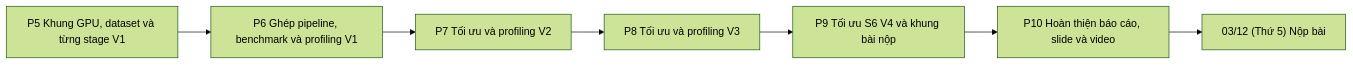
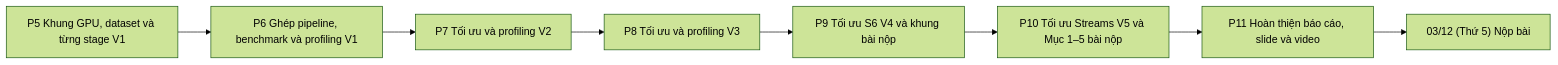
Before and after one commit to nh-atuan/panorama-stitching: the first of 2 diagrams in docs/final-plan.md, drawn with Mermaid (forest theme). The commit also changed other lines of this file and 1 other file, not shown here.

````diff
--- a/docs/final-plan.md
+++ b/docs/final-plan.md
@@ -55,9 +55,10 @@
 ```mermaid
 flowchart LR
     P5["P5 Khung GPU, dataset và từng stage V1"] --> P6["P6 Ghép pipeline, benchmark và profiling V1"]
     P6 --> P7["P7 Tối ưu và profiling V2"]
     P7 --> P8["P8 Tối ưu và profiling V3"]
     P8 --> P9["P9 Tối ưu S6 V4 và khung bài nộp"]
-    P9 --> P10["P10 Hoàn thiện báo cáo, slide và video"]
-    P10 --> END["03/12 (Thứ 5) Nộp bài"]
+    P9 --> P10["P10 Tối ưu Streams V5 và Mục 1–5 bài nộp"]
+    P10 --> P11["P11 Hoàn thiện báo cáo, slide và video"]
+    P11 --> END["03/12 (Thứ 5) Nộp bài"]
 ```
````
